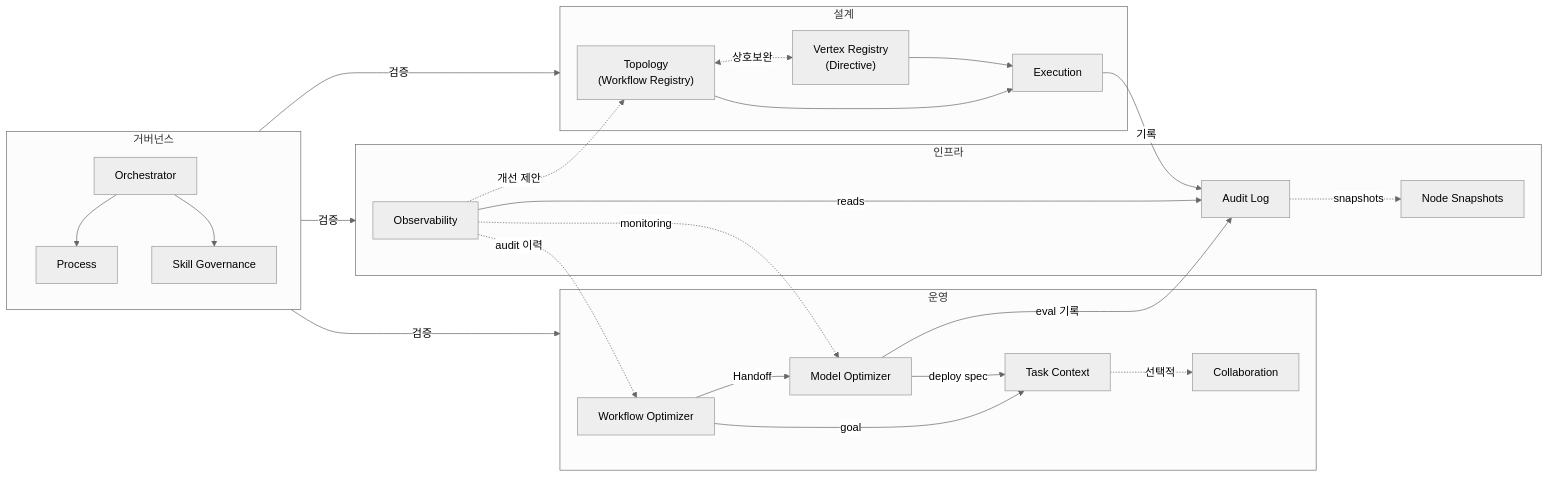
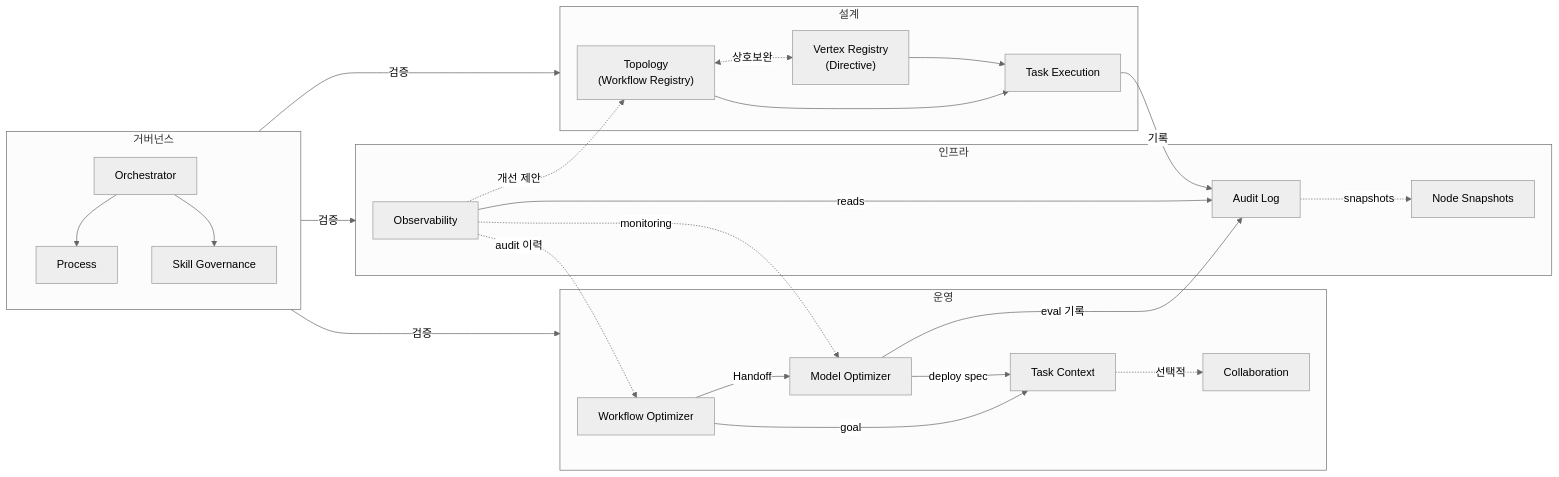
The second of 3 diagrams in README.md (WMJOON/multi-swarm-orchestrator), drawn with Mermaid (neutral theme) before and after one commit. The commit also changed other lines of this file and 42 other files, not shown here.

````diff
--- a/README.md
+++ b/README.md
@@ -93,29 +93,29 @@
 ```mermaid
 graph LR
     subgraph Design ["설계"]
         S00["Topology<br/>(Workflow Registry)"] <-.->|상호보완| S01["Vertex Registry<br/>(Directive)"]
-        S00 & S01 --> S02["Execution"]
+        S00 & S01 --> S02["Task Execution"]
     end
     subgraph Ops ["운영"]
         S03["Task Context"] -.->|선택적| S04["Collaboration"]
         S10["Workflow Optimizer"] -->|goal| S03
         S10 -->|Handoff| S11["Model Optimizer"]
         S11 -->|deploy spec| S03
     end
     subgraph Infra ["인프라"]
         S06["Observability"] -->|reads| S05["Audit Log"]
         S05 -.->|snapshots| SNAP["Node Snapshots"]
     end
     subgraph Gov ["거버넌스"]
         S07["Orchestrator"] --> S08["Process"]
         S07 --> S09["Skill Governance"]
     end
     S02 -->|기록| S05
     S06 -.->|개선 제안| S00
     S06 -.->|audit 이력| S10
     S06 -.->|monitoring| S11
     S11 -->|eval 기록| S05
     Gov -->|검증| Design
     Gov -->|검증| Ops
     Gov -->|검증| Infra
 ```
````
